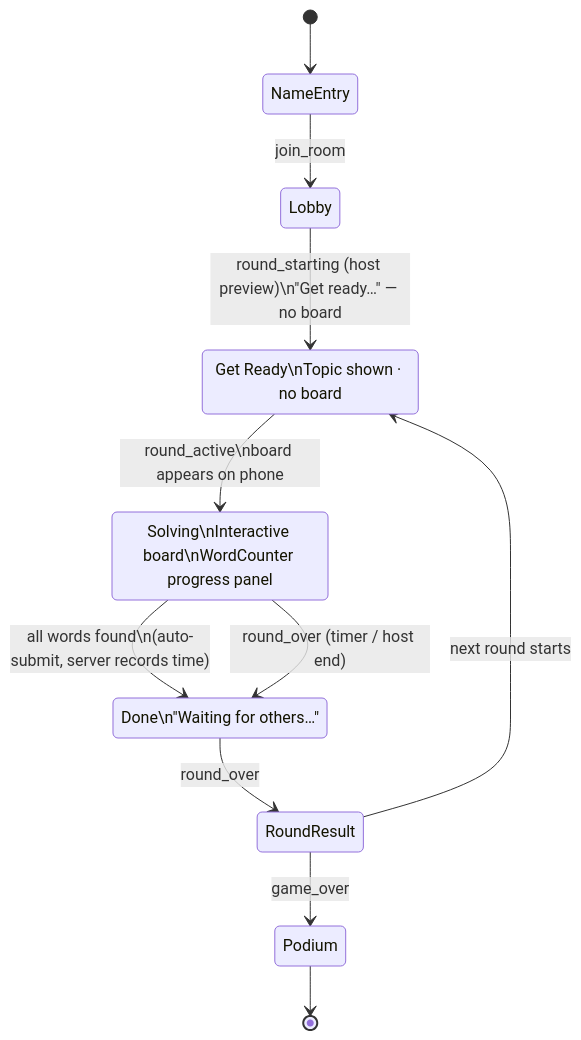
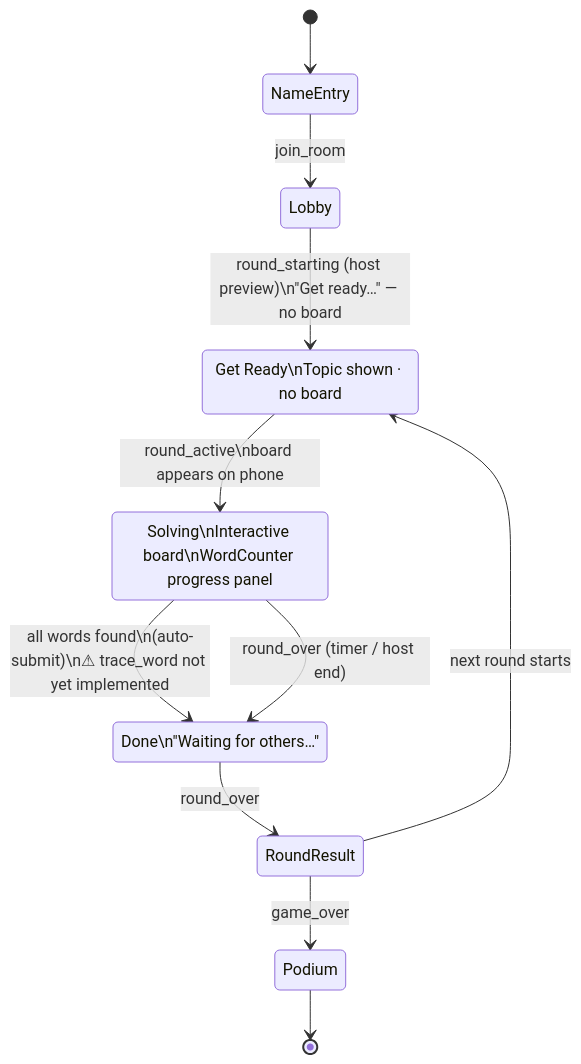
One commit to lzam0/Multiplayer-Puzzle-Game changed the second of 4 diagrams in docs/diagrams/game-flow.md. Above: the diagram before and after it, drawn with Mermaid. The commit also changed other lines of this file and 10 other files, not shown here.

````diff
--- a/docs/diagrams/game-flow.md
+++ b/docs/diagrams/game-flow.md
@@ -24,18 +24,18 @@
 ```mermaid
 stateDiagram-v2
     [*] --> NameEntry
     NameEntry --> Lobby: join_room
 
     Lobby --> GetReady: round_starting (host preview)\n"Get ready…" — no board
     GetReady --> Solving: round_active\nboard appears on phone
-    Solving --> Done: all words found\n(auto-submit, server records time)
+    Solving --> Done: all words found\n(auto-submit)\n⚠ trace_word not yet implemented
     Solving --> Done: round_over (timer / host end)
     Done --> RoundResult: round_over
     RoundResult --> GetReady: next round starts
     RoundResult --> Podium: game_over
     Podium --> [*]
 
     GetReady: Get Ready\nTopic shown · no board
     Solving: Solving\nInteractive board\nWordCounter progress panel
     Done: Done\n"Waiting for others…"
 ```
````
